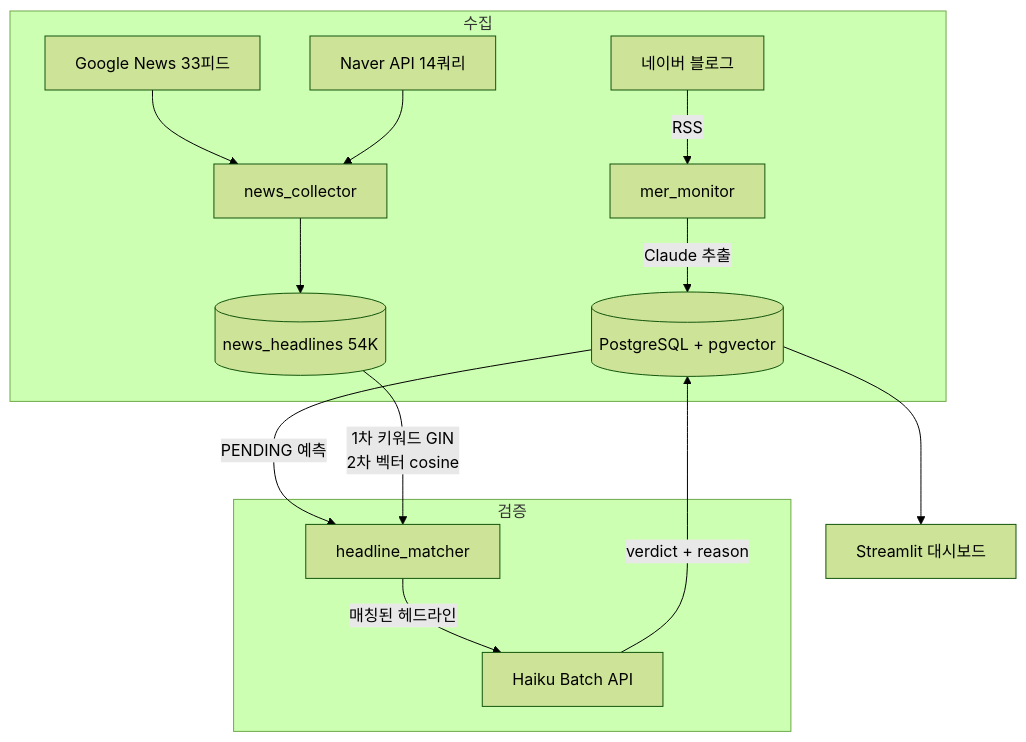
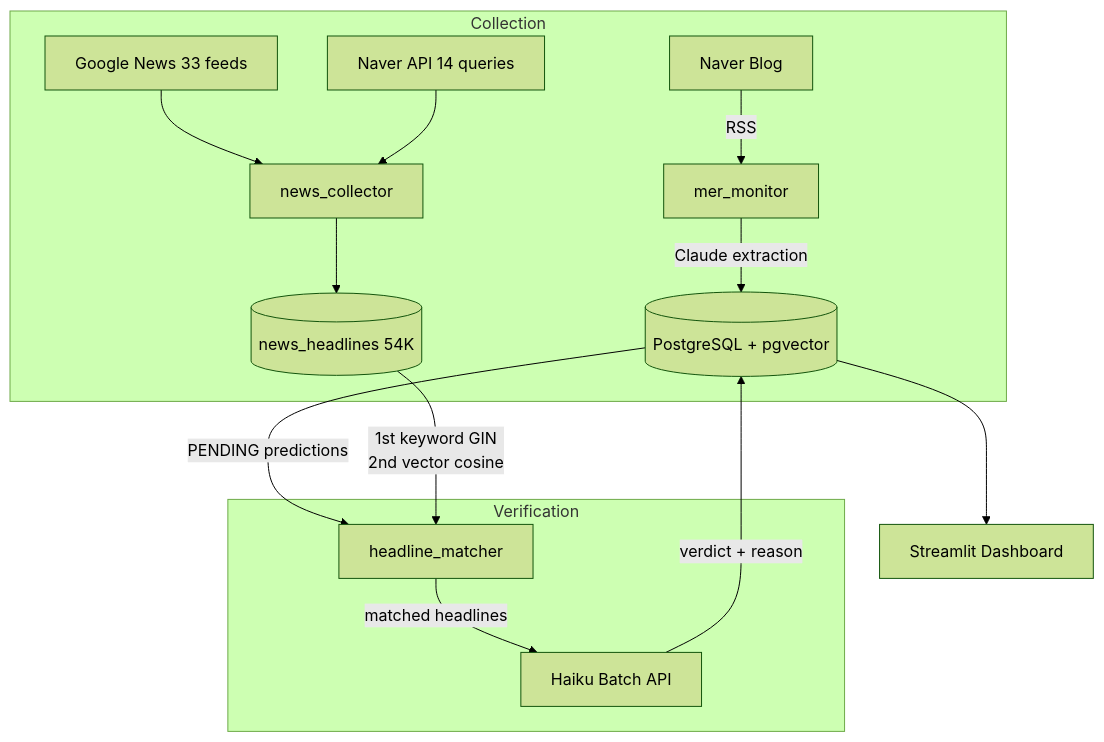
Before and after one commit to 11e3/mer-insight-pipeline: the diagram in README.md, drawn with Mermaid (forest theme). The commit also changed other lines of this file and 4 other files, not shown here.

````diff
--- a/README.md
+++ b/README.md
@@ -36,19 +34,19 @@
 ```mermaid
 flowchart TD
-    subgraph 수집
-        BLOG[네이버 블로그] -->|RSS| MON[mer_monitor]
-        MON -->|Claude 추출| DB[(PostgreSQL + pgvector)]
-        NEWS_RSS[Google News 33피드] --> NC[news_collector]
-        NEWS_NAVER[Naver API 14쿼리] --> NC
+    subgraph Collection
+        BLOG[Naver Blog] -->|RSS| MON[mer_monitor]
+        MON -->|Claude extraction| DB[(PostgreSQL + pgvector)]
+        NEWS_RSS[Google News 33 feeds] --> NC[news_collector]
+        NEWS_NAVER[Naver API 14 queries] --> NC
         NC --> NHL[(news_headlines 54K)]
     end
 
-    subgraph 검증
-        DB -->|PENDING 예측| HM[headline_matcher]
-        NHL -->|1차 키워드 GIN<br>2차 벡터 cosine| HM
-        HM -->|매칭된 헤드라인| HAIKU[Haiku Batch API]
+    subgraph Verification
+        DB -->|PENDING predictions| HM[headline_matcher]
+        NHL -->|1st keyword GIN<br>2nd vector cosine| HM
+        HM -->|matched headlines| HAIKU[Haiku Batch API]
         HAIKU -->|verdict + reason| DB
     end
 
-    DB --> DASH[Streamlit 대시보드]
+    DB --> DASH[Streamlit Dashboard]
 ```
````
